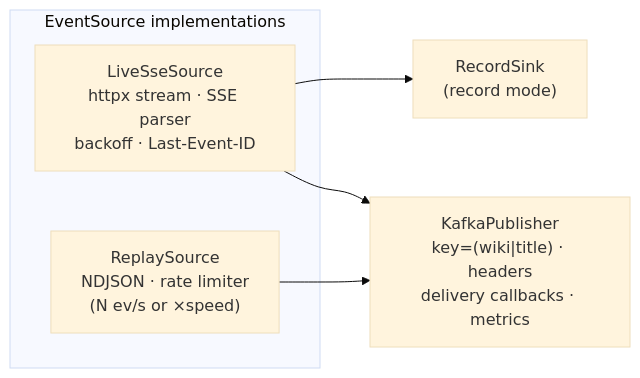
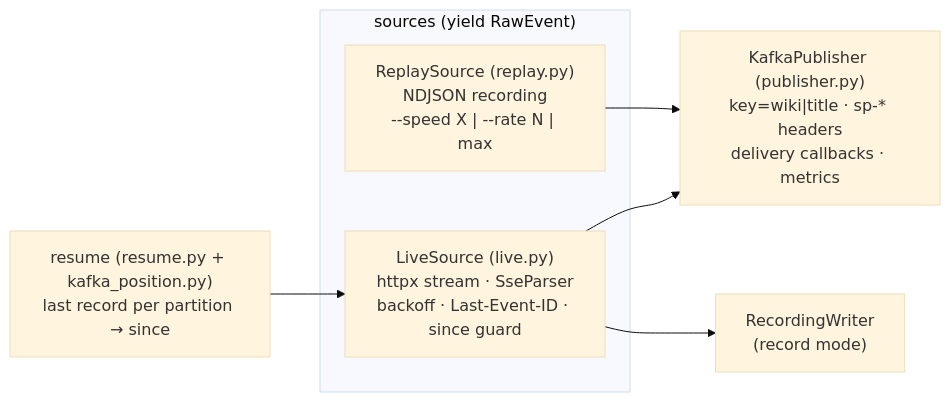
Before and after one commit to ArttGrantollii/streampulse: the third of 5 diagrams in docs/ARCHITECTURE.md, drawn with Mermaid (base theme). The commit also changed other lines of this file and 49 other files, not shown here.

````diff
--- a/docs/ARCHITECTURE.md
+++ b/docs/ARCHITECTURE.md
@@ -190,12 +190,14 @@
 ```mermaid
 flowchart LR
-    subgraph Sources["EventSource implementations"]
-        L["LiveSseSource<br/>httpx stream · SSE parser<br/>backoff · Last-Event-ID"]
-        R["ReplaySource<br/>NDJSON · rate limiter<br/>(N ev/s or ×speed)"]
+    subgraph Sources["sources (yield RawEvent)"]
+        L["LiveSource (live.py)<br/>httpx stream · SseParser<br/>backoff · Last-Event-ID · since guard"]
+        R["ReplaySource (replay.py)<br/>NDJSON recording<br/>--speed X | --rate N | max"]
     end
-    REC["RecordSink<br/>(record mode)"]
-    PUB["KafkaPublisher<br/>key=(wiki|title) · headers<br/>delivery callbacks · metrics"]
+    PUB["KafkaPublisher (publisher.py)<br/>key=wiki|title · sp-* headers<br/>delivery callbacks · metrics"]
+    REC["RecordingWriter<br/>(record mode)"]
+    RES["resume (resume.py + kafka_position.py)<br/>last record per partition → since"]
+    RES --> L
     L --> PUB
     R --> PUB
     L --> REC
 ```
````
